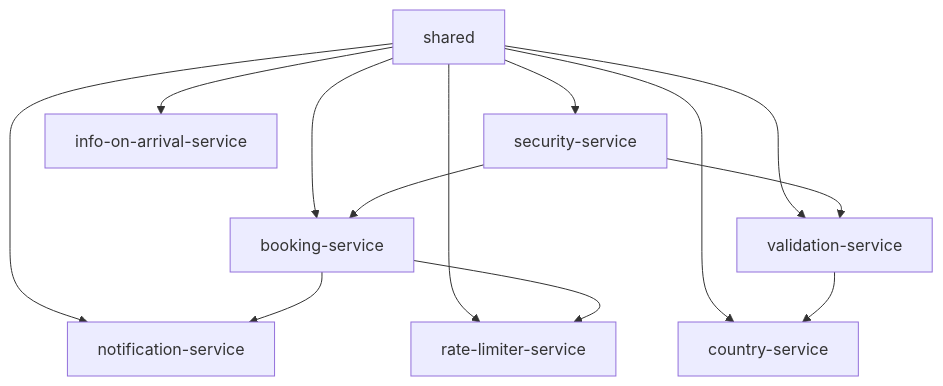
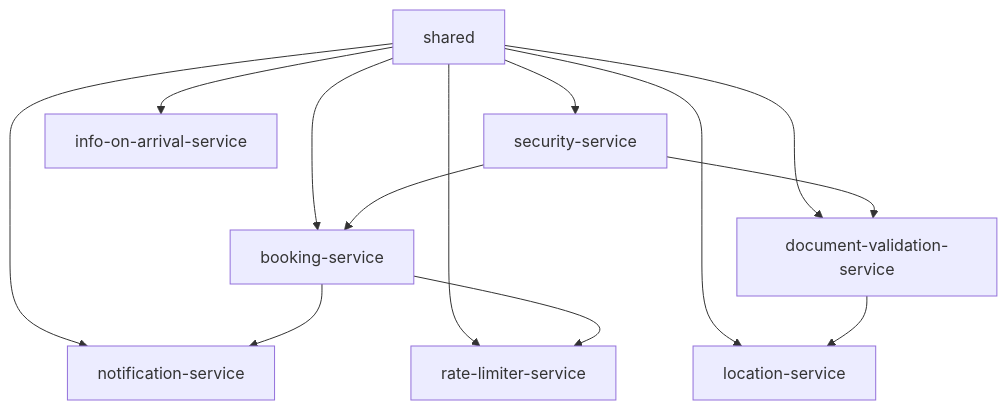
The diagram in backend/README.md (guillermolam/AlbergueMunicipalCarrascalejo), drawn with Mermaid before and after one commit. The commit also changed other lines of this file and 363 other files, not shown here.

````diff
--- a/backend/README.md
+++ b/backend/README.md
@@ -153,16 +168,16 @@
 ```mermaid
 graph TD
     A[shared] --> B[booking-service]
-    A --> C[validation-service]
-    A --> D[country-service]
+    A --> C[document-validation-service]
+    A --> D[location-service]
     A --> E[security-service]
     A --> F[rate-limiter-service]
     A --> G[notification-service]
     A --> H[info-on-arrival-service]
-    
+
     B --> G
     B --> F
     E --> B
     E --> C
     C --> D
 ```
````
